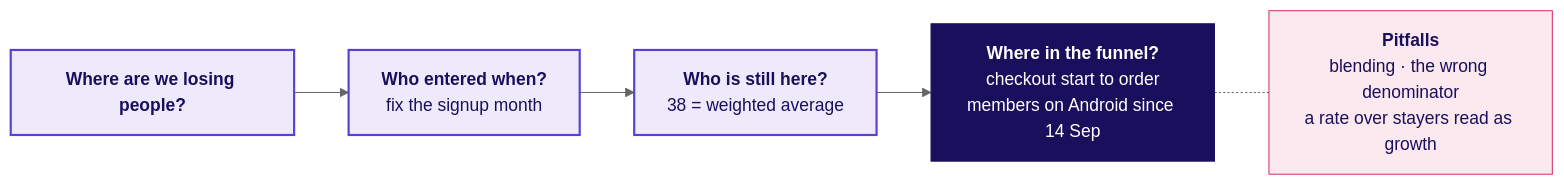
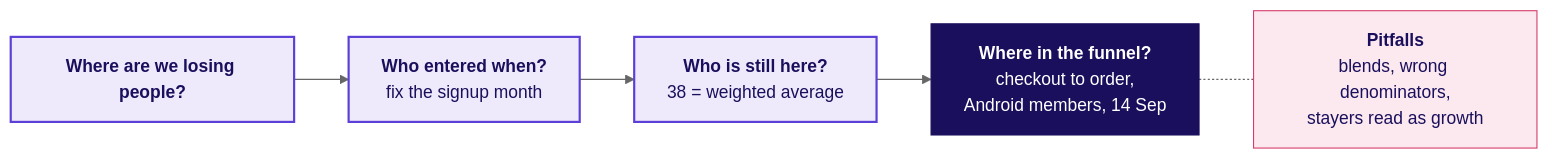
Before and after one commit to fde-academy-lab/c2-content-factory: diagram 13 of 13 in content/W04/D4/slides/C2_W04_D04_half1_STUDENT.md, drawn with Mermaid (neutral theme). The commit also changed other lines of this file and 11 other files, not shown here.

````diff
--- a/content/W04/D4/slides/C2_W04_D04_half1_STUDENT.md
+++ b/content/W04/D4/slides/C2_W04_D04_half1_STUDENT.md
@@ -829,13 +1543,13 @@
 ```mermaid
 flowchart LR
     A["<b>Where are we losing people?</b>"] --> Q1["<b>Who entered when?</b><br/>fix the signup month"]
     Q1 --> Q2["<b>Who is still here?</b><br/>38 = weighted average"]
-    Q2 --> Q3["<b>Where in the funnel?</b><br/>checkout start to order<br/>members on Android since 14 Sep"]
-    Q3 -.- P["<b>Pitfalls</b><br/>blending · the wrong denominator<br/>a rate over stayers read as growth"]
+    Q2 --> Q3["<b>Where in the funnel?</b><br/>checkout to order,<br/>Android members, 14 Sep"]
+    Q3 -.- P["<b>Pitfalls</b><br/>blends, wrong denominators,<br/>stayers read as growth"]
     classDef lit fill:#1A0F5C,stroke:#1A0F5C,color:#FFFFFF
     classDef known fill:#EEEAFB,stroke:#5B3FD6,color:#1A0F5C,stroke-width:2px
     classDef bad fill:#FBE9EF,stroke:#D63A6A,color:#1A0F5C
     class A,Q1,Q2 known
     class Q3 lit
     class P bad
 ```
````
